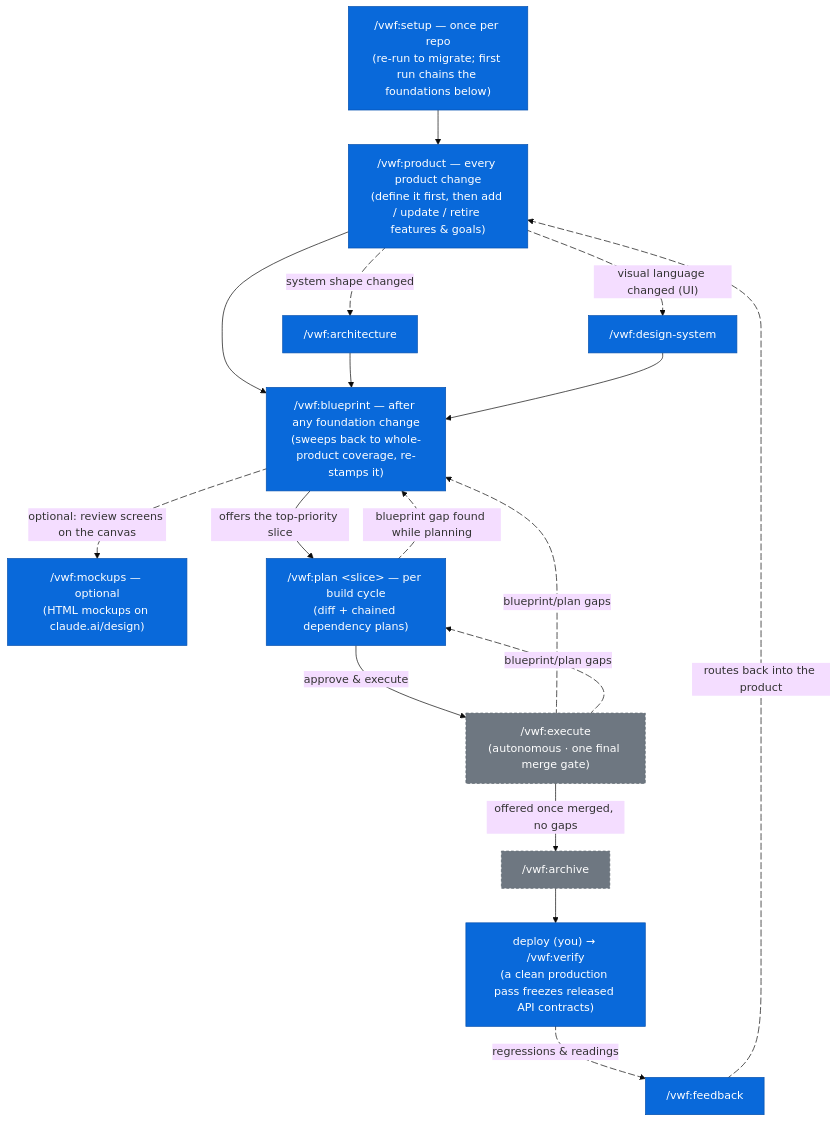
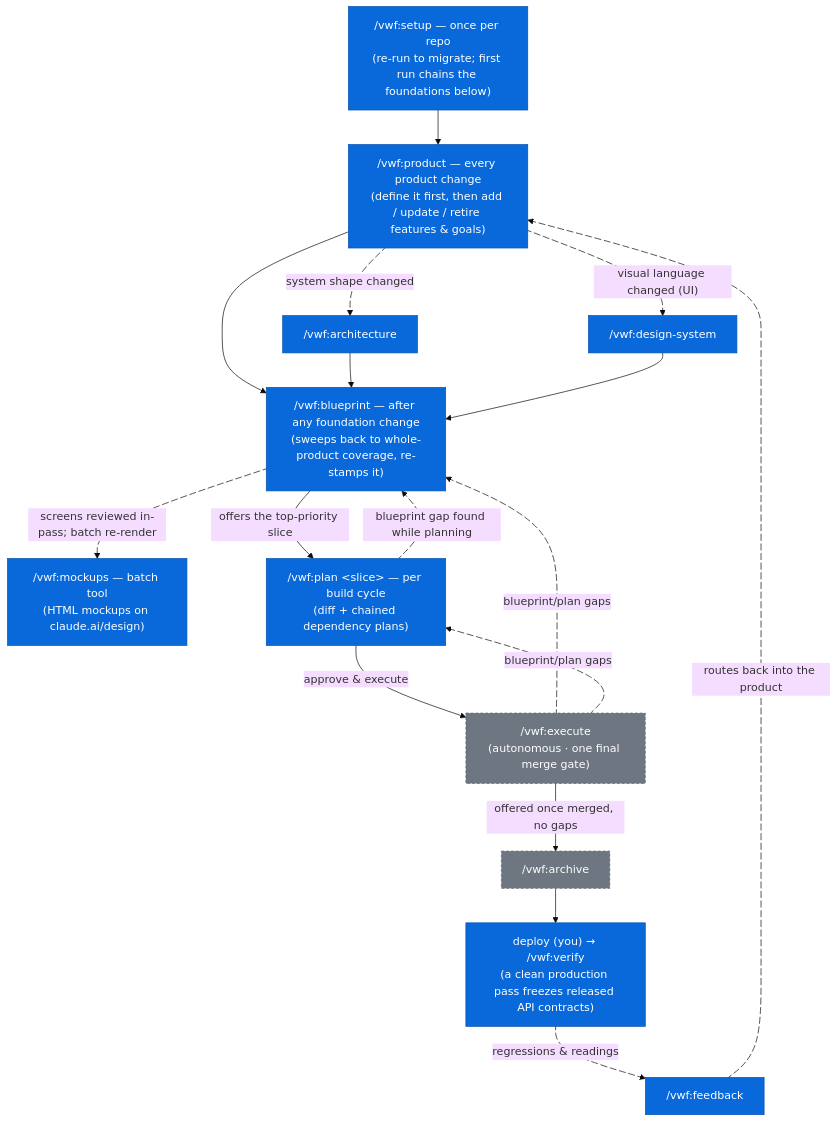
Before and after one commit to virajp/ai-plugins: the first of 2 diagrams in readme.md, drawn with Mermaid (base theme). The commit also changed other lines of this file and 12 other files, not shown here.

First line of the commit message:
feat(vwf): universal design system + per-project canvas pins; doc sweep

````diff
--- a/readme.md
+++ b/readme.md
@@ -170,30 +170,30 @@
 ```mermaid
 flowchart TD
     S["/vwf:setup — once per repo<br/>(re-run to migrate; first run chains the foundations below)"]:::user
     S --> P["/vwf:product — every product change<br/>(define it first, then add / update / retire features & goals)"]:::user
     P e1@-. "system shape changed" .-> A["/vwf:architecture"]:::user
     P e2@-. "visual language changed (UI)" .-> DS["/vwf:design-system"]:::user
     P --> B["/vwf:blueprint — after any foundation change<br/>(sweeps back to whole-product coverage, re-stamps it)"]:::user
     A --> B
     DS --> B
-    B e8@-. "optional: review screens on the canvas" .-> M["/vwf:mockups — optional<br/>(HTML mockups on claude.ai/design)"]:::user
+    B e8@-. "screens reviewed in-pass; batch re-render" .-> M["/vwf:mockups — batch tool<br/>(HTML mockups on claude.ai/design)"]:::user
     B -->|"offers the top-priority slice"| C["/vwf:plan &lt;slice&gt; — per build cycle<br/>(diff + chained dependency plans)"]:::user
     C -->|"approve & execute"| D["/vwf:execute<br/>(autonomous · one final merge gate)"]:::chained
     D -->|"offered once merged, no gaps"| E["/vwf:archive"]:::chained
     E --> V["deploy (you) → /vwf:verify<br/>(a clean production pass freezes released API contracts)"]:::user
     V e3@-. "regressions & readings" .-> FB["/vwf:feedback"]:::user
     FB e4@-. "routes back into the product" .-> P
     D e5@-. "blueprint/plan gaps" .-> B
     D e6@-. "blueprint/plan gaps" .-> C
     C e7@-. "blueprint gap found while planning" .-> B
     e1@{ animate: true }
     e2@{ animate: true }
     e3@{ animate: true }
     e4@{ animate: true }
     e5@{ animate: true }
     e6@{ animate: true }
     e7@{ animate: true }
     e8@{ animate: true }
     classDef user fill:#0969da,stroke:#0550ae,color:#ffffff
     classDef chained fill:#6e7781,stroke:#57606a,color:#ffffff,stroke-dasharray:4 3
 ```
````
